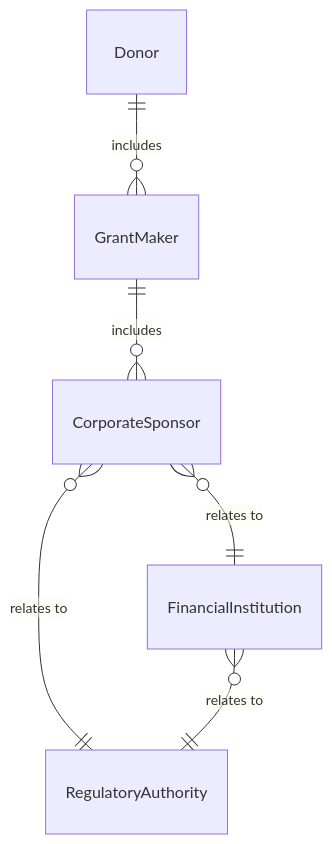
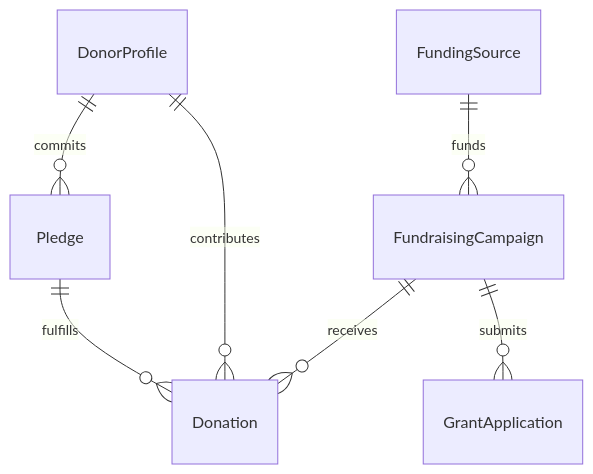
Before and after one commit to dot-org-ai/tasks.org.ai: the first of 4 diagrams in GuidingDirectingAndMotivatingSubordinates/ManageBudgetsOrFinances/DirectFundraisingFinancingActivities.mdx, drawn with Mermaid. The commit also changed other lines of this file and 515 other files, not shown here.

````diff
--- a/GuidingDirectingAndMotivatingSubordinates/ManageBudgetsOrFinances/DirectFundraisingFinancingActivities.mdx
+++ b/GuidingDirectingAndMotivatingSubordinates/ManageBudgetsOrFinances/DirectFundraisingFinancingActivities.mdx
@@ -88,8 +88,9 @@
 ```mermaid
 erDiagram
-    Donor ||--o{ GrantMaker : includes
-    GrantMaker ||--o{ CorporateSponsor : includes
-    CorporateSponsor }o--|| FinancialInstitution : "relates to"
-    CorporateSponsor }o--|| RegulatoryAuthority : "relates to"
-    FinancialInstitution }o--|| RegulatoryAuthority : "relates to"
+    FundraisingCampaign ||--o{ Donation : "receives"
+    FundraisingCampaign ||--o{ GrantApplication : "submits"
+    DonorProfile ||--o{ Pledge : "commits"
+    Pledge ||--o{ Donation : "fulfills"
+    FundingSource ||--o{ FundraisingCampaign : "funds"
+    DonorProfile ||--o{ Donation : "contributes"
 ```
````
